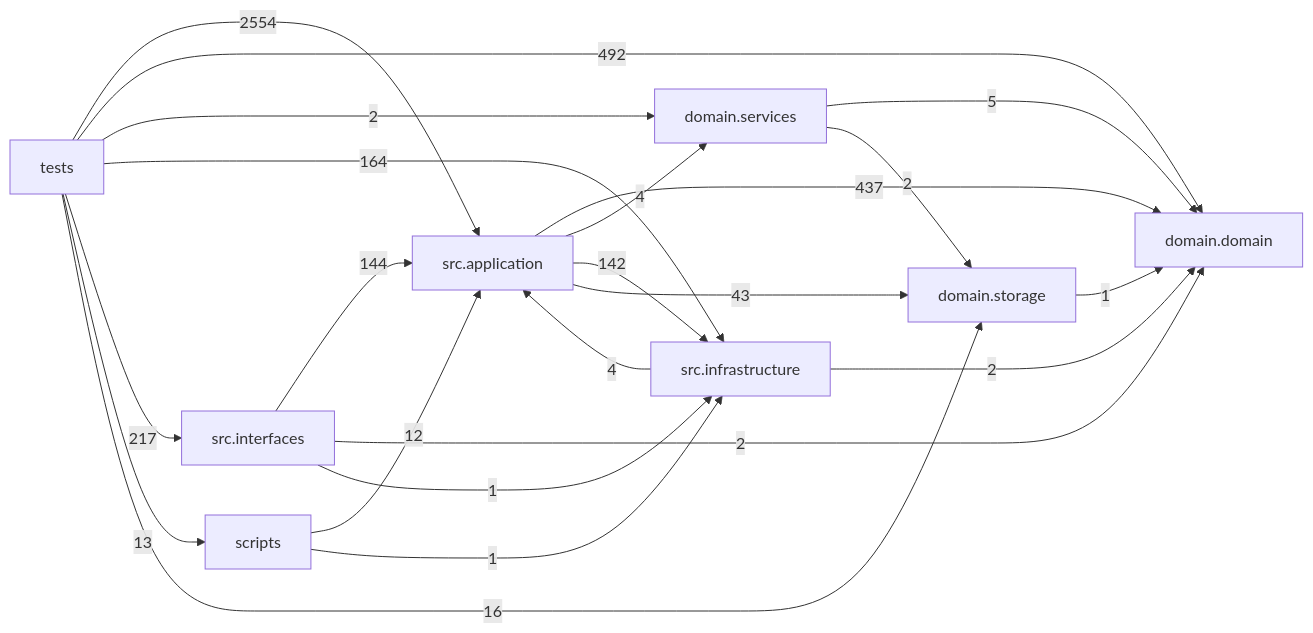
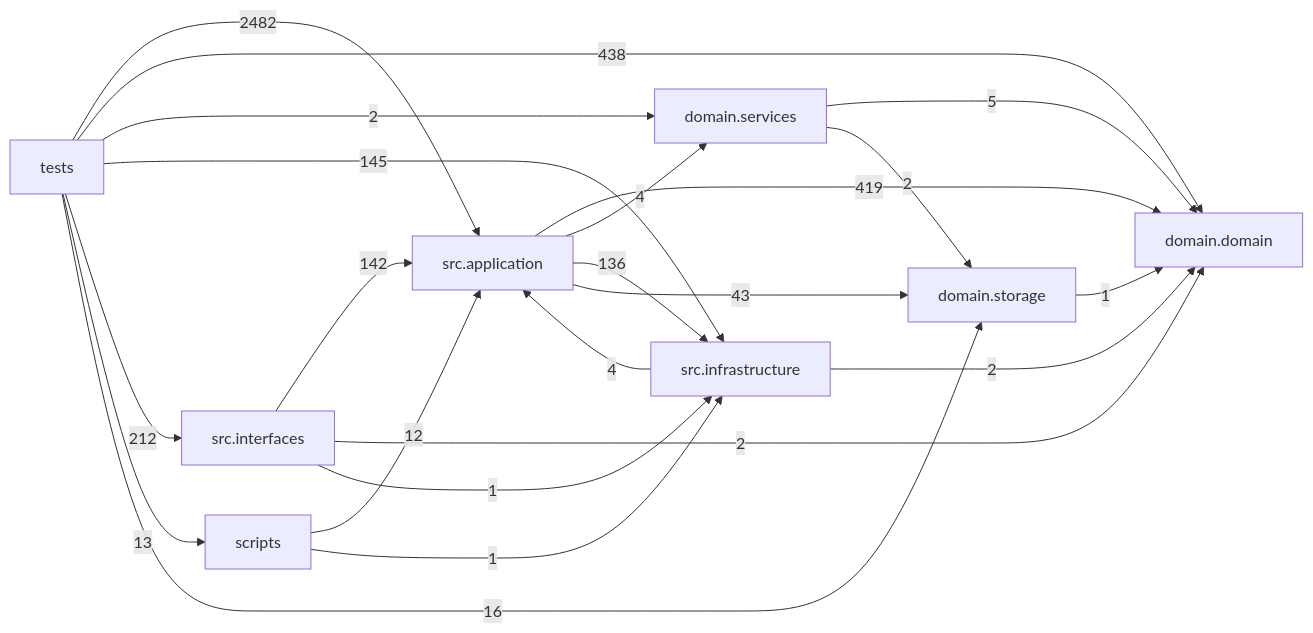
The diagram in docs/DEPENDENCY_GRAPH.md (liuxie066/options-monitor), drawn with Mermaid before and after one commit. The commit also changed other lines of this file and 120 other files, not shown here.

````diff
--- a/docs/DEPENDENCY_GRAPH.md
+++ b/docs/DEPENDENCY_GRAPH.md
@@ -24,32 +24,32 @@
 ```mermaid
 flowchart LR
   tests["tests"]
   scripts["scripts"]
   interfaces["src.interfaces"]
   application["src.application"]
   infrastructure["src.infrastructure"]
   domain_services["domain.services"]
   domain["domain.domain"]
   storage["domain.storage"]
-  application -->|437| domain
+  application -->|419| domain
   application -->|4| domain_services
-  application -->|142| infrastructure
+  application -->|136| infrastructure
   application -->|43| storage
   domain_services -->|5| domain
   domain_services -->|2| storage
   infrastructure -->|4| application
   infrastructure -->|2| domain
-  interfaces -->|144| application
+  interfaces -->|142| application
   interfaces -->|2| domain
   interfaces -->|1| infrastructure
   scripts -->|12| application
   scripts -->|1| infrastructure
   storage -->|1| domain
-  tests -->|2554| application
-  tests -->|492| domain
+  tests -->|2482| application
+  tests -->|438| domain
   tests -->|2| domain_services
-  tests -->|164| infrastructure
-  tests -->|217| interfaces
+  tests -->|145| infrastructure
+  tests -->|212| interfaces
   tests -->|13| scripts
   tests -->|16| storage
 ```
````
